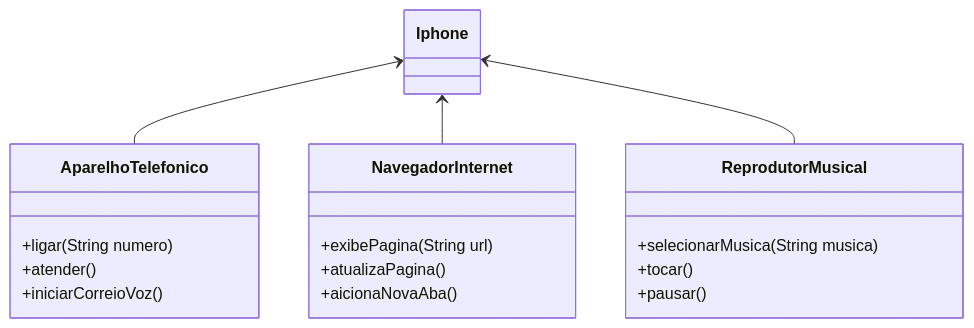
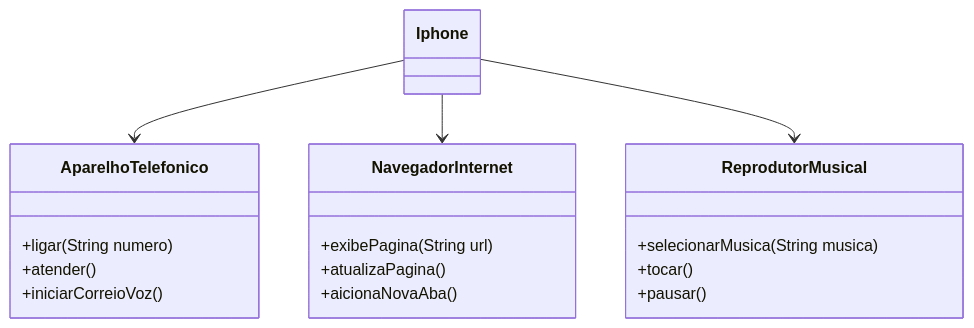
The diagram in trilha-java-basico/desafios/poo/README.mmd (vidalsuporte/trlha-java-basico), drawn with Mermaid before and after one commit.

Commit message:
Update README.mmd
editado sentido da atribuição do implementação das interfaces

```diff
--- a/trilha-java-basico/desafios/poo/README.mmd
+++ b/trilha-java-basico/desafios/poo/README.mmd
@@ -1,22 +1,22 @@
 classDiagram
-    Iphone<--AparelhoTelefonico  
-    Iphone<--NavegadorInternet
-   Iphone<--ReprodutorMusical
+    Iphone-->AparelhoTelefonico  
+    Iphone-->NavegadorInternet
+   Iphone-->ReprodutorMusical
    class Iphone{
     
 }
     class ReprodutorMusical{
       +selecionarMusica(String musica)
       +tocar()
       +pausar()
     }
     class NavegadorInternet{
     +exibePagina(String url)
     +atualizaPagina()
     +aicionaNovaAba()
     }
     class AparelhoTelefonico{
       +ligar(String numero)
       +atender()
       +iniciarCorreioVoz()
     }
```
